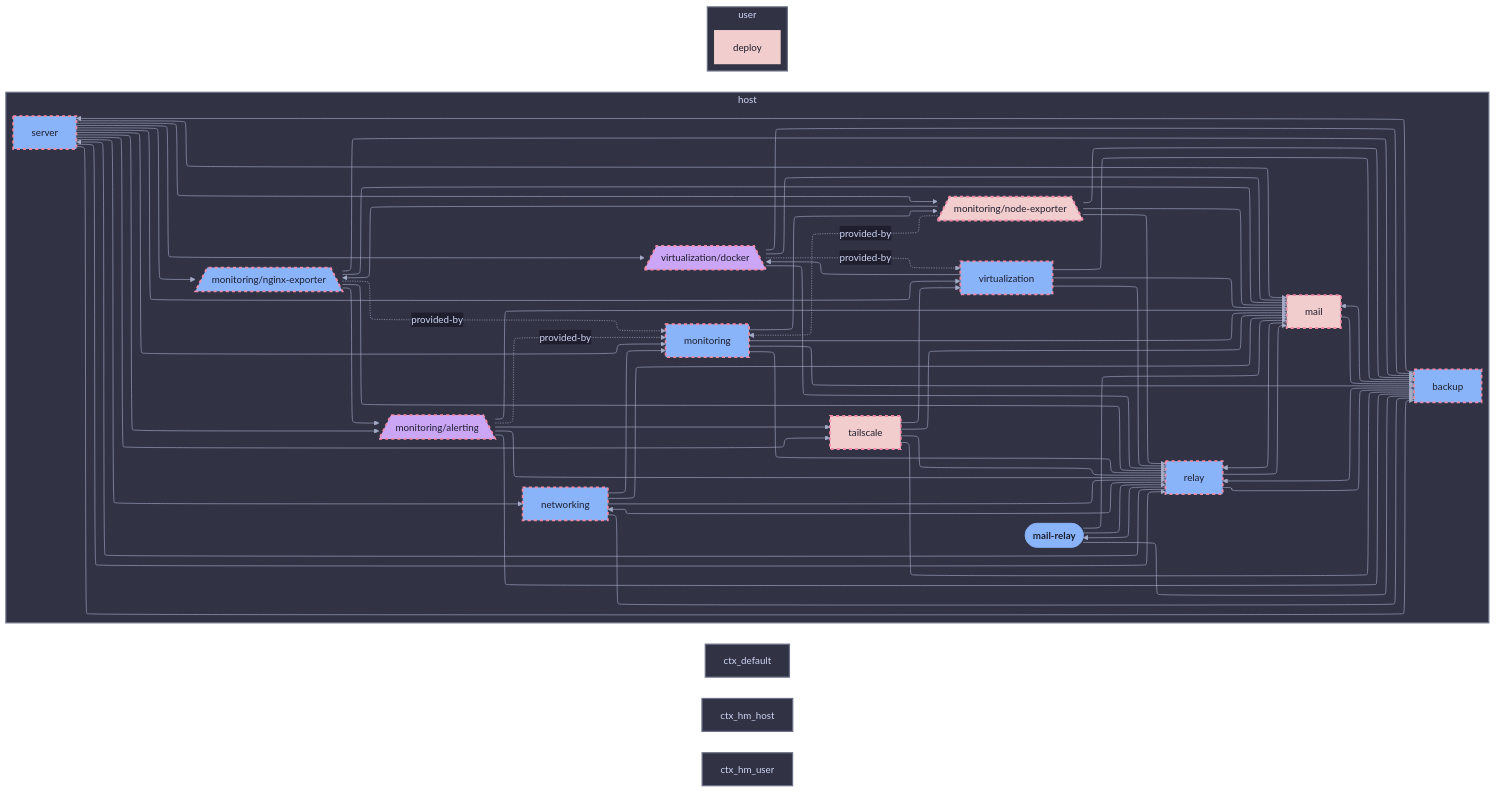
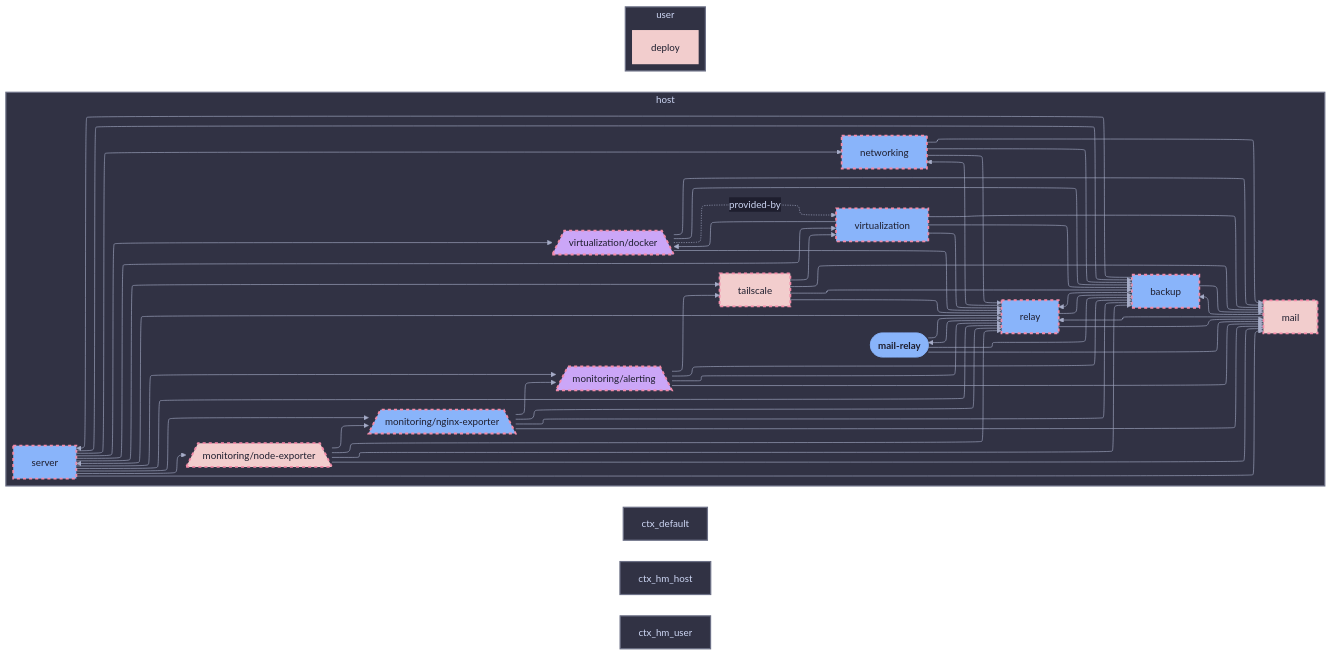
The diagram in templates/diag-fx-demo/diagrams/mail-relay-diff-classes.md (sini/den), drawn with Mermaid before and after one commit. The commit also changed 526 other files, not shown here.

Commit message:
chore: update fx diagrams

```diff
--- a/templates/diag-fx-demo/diagrams/mail-relay-diff-classes.md
+++ b/templates/diag-fx-demo/diagrams/mail-relay-diff-classes.md
@@ -12,7 +12,6 @@
   backup["backup"]:::backup_c
   virtualization__docker[/"virtualization/docker"\]:::virtualization__docker_c
   mail["mail"]:::mail_c
-  monitoring["monitoring"]:::monitoring_c
   networking["networking"]:::networking_c
   monitoring__nginx_exporter[/"monitoring/nginx-exporter"\]:::monitoring__nginx_exporter_c
   monitoring__node_exporter[/"monitoring/node-exporter"\]:::monitoring__node_exporter_c
@@ -28,28 +27,20 @@
   mail_relay --> backup
   mail_relay --> mail
   mail_relay --> relay
-  monitoring --> backup
-  monitoring --> mail
-  monitoring --> monitoring__node_exporter
-  monitoring --> relay
   monitoring__alerting --> backup
   monitoring__alerting --> mail
-  monitoring__alerting -.->|provided-by| monitoring
   monitoring__alerting --> relay
   monitoring__alerting --> tailscale
   monitoring__nginx_exporter --> backup
   monitoring__nginx_exporter --> mail
-  monitoring__nginx_exporter -.->|provided-by| monitoring
   monitoring__nginx_exporter --> monitoring__alerting
   monitoring__nginx_exporter --> relay
   monitoring__node_exporter --> backup
   monitoring__node_exporter --> mail
-  monitoring__node_exporter -.->|provided-by| monitoring
   monitoring__node_exporter --> monitoring__nginx_exporter
   monitoring__node_exporter --> relay
   networking --> backup
   networking --> mail
-  networking --> monitoring
   networking --> relay
   relay --> backup
   relay --> mail
@@ -58,7 +49,6 @@
   relay --> server
   server --> backup
   server --> mail
-  server --> monitoring
   server --> monitoring__alerting
   server --> monitoring__nginx_exporter
   server --> monitoring__node_exporter
@@ -93,7 +83,6 @@
   classDef virtualization__docker_c fill:#cba6f7,stroke:#f38ba8,color:#1e1e2e,stroke-dasharray: 5 5,stroke-width:3px
   classDef mail_c fill:#f2cdcd,stroke:#f38ba8,color:#1e1e2e,stroke-dasharray: 5 5,stroke-width:3px
   classDef mail_relay_c fill:#cba6f7,stroke:#f38ba8,color:#1e1e2e,stroke-dasharray: 5 5,stroke-width:3px
-  classDef monitoring_c fill:#89b4fa,stroke:#f38ba8,color:#1e1e2e,stroke-dasharray: 5 5,stroke-width:3px
   classDef networking_c fill:#89b4fa,stroke:#f38ba8,color:#1e1e2e,stroke-dasharray: 5 5,stroke-width:3px
   classDef monitoring__nginx_exporter_c fill:#89b4fa,stroke:#f38ba8,color:#1e1e2e,stroke-dasharray: 5 5,stroke-width:3px
   classDef monitoring__node_exporter_c fill:#f2cdcd,stroke:#f38ba8,color:#1e1e2e,stroke-dasharray: 5 5,stroke-width:3px
```
